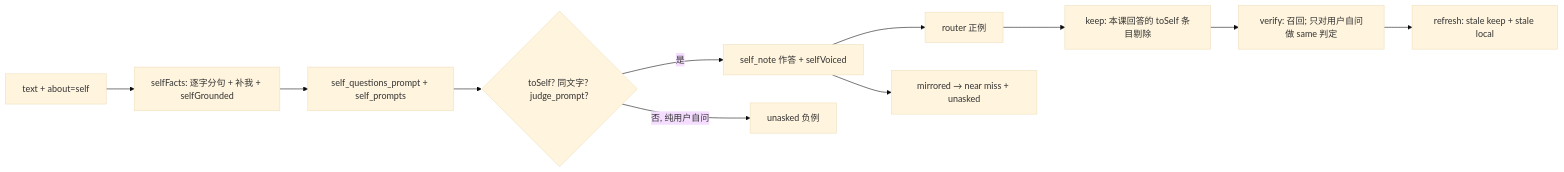
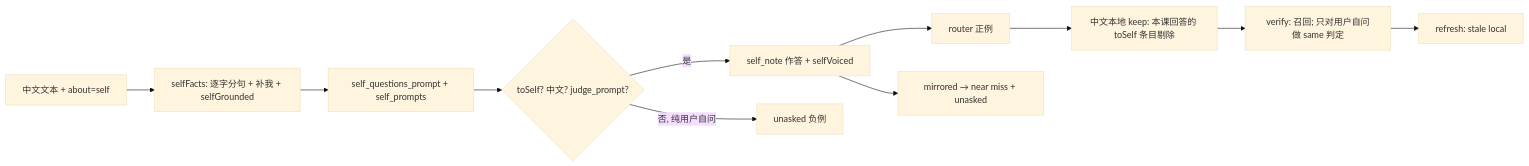
One commit to 2722550596/TensorFold changed the diagram in docs/design/self-mode.md. Above: the diagram before and after it, drawn with Mermaid (base theme). The commit also changed other lines of this file and 2 other files, not shown here.

Commit message:
docs: self 模式设计 v3（评审通过）

````diff
--- a/docs/design/self-mode.md
+++ b/docs/design/self-mode.md
@@ -217,13 +209,13 @@
 ```mermaid
 flowchart LR
-  T[text + about=self] --> F[selfFacts: 逐字分句 + 补我 + selfGrounded]
+  T[中文文本 + about=self] --> F[selfFacts: 逐字分句 + 补我 + selfGrounded]
   F --> Q[self_questions_prompt + self_prompts]
-  Q --> P{toSelf? 同文字? judge_prompt?}
+  Q --> P{toSelf? 中文? judge_prompt?}
   P -- 是 --> A[self_note 作答 + selfVoiced]
   P -- 否, 纯用户自问 --> N[unasked 负例]
   A --> R[router 正例]
   A --> M[mirrored → near miss + unasked]
-  R --> K[keep: 本课回答的 toSelf 条目剔除]
+  R --> K[中文本地 keep: 本课回答的 toSelf 条目剔除]
   K --> V[verify: 召回; 只对用户自问做 same 判定]
-  V --> S[refresh: stale keep + stale local]
+  V --> S[refresh: stale local]
 ```
````
